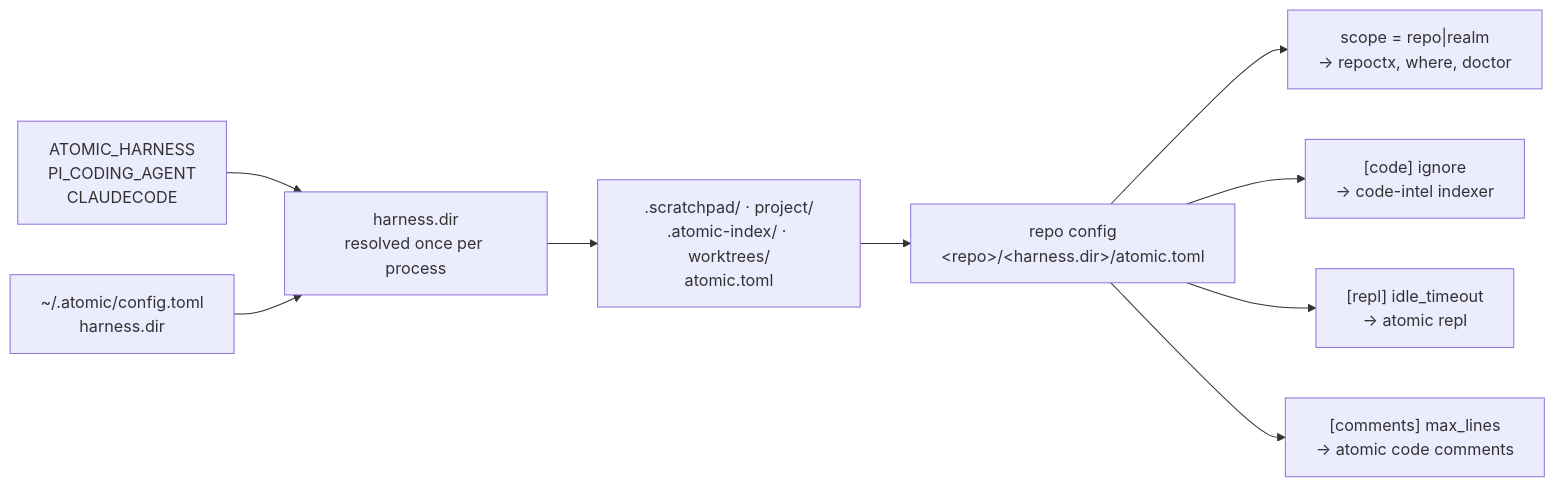
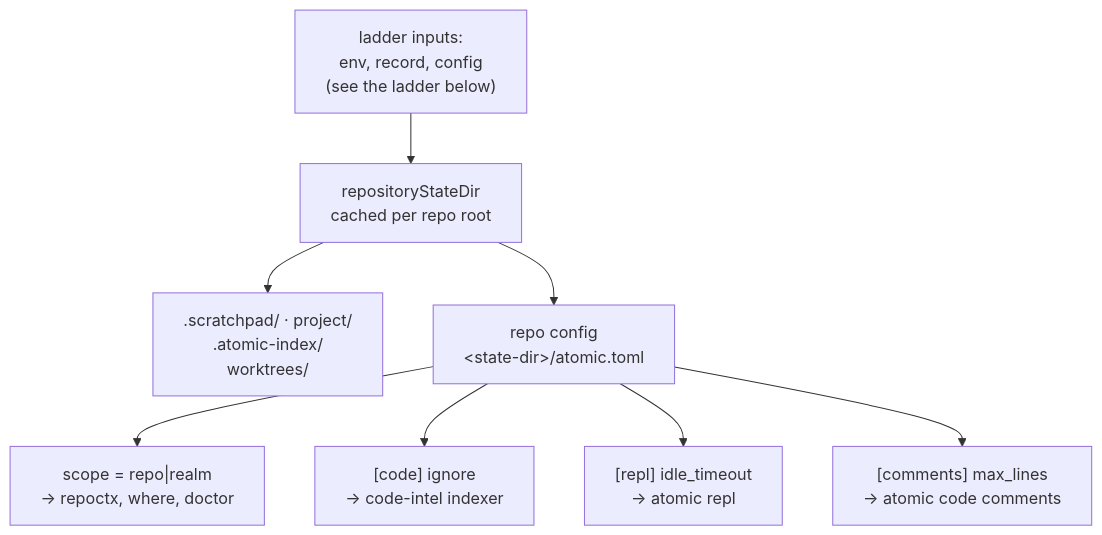
Before and after one commit to damusix/atomic-claude: the first of 13 diagrams in docs/wiki/config.md, drawn with Mermaid. The commit also changed other lines of this file and 11 other files, not shown here.

````diff
--- a/docs/wiki/config.md
+++ b/docs/wiki/config.md
@@ -23,11 +23,11 @@
 ```mermaid
-flowchart LR
-    ENV["ATOMIC_HARNESS<br/>PI_CODING_AGENT<br/>CLAUDECODE"] --> HD
-    UC["~/.atomic/config.toml<br/>harness.dir"] --> HD["harness.dir<br/>resolved once per process"]
-    HD --> RL[".scratchpad/ · project/<br/>.atomic-index/ · worktrees/<br/>atomic.toml"]
-    RL --> RC["repo config<br/>&lt;repo&gt;/&lt;harness.dir&gt;/atomic.toml"]
+flowchart TD
+    %% source: atomic/internal/config/statelocation.go, harness.go, repo.go
+    IN["ladder inputs:<br/>env, record, config<br/>(see the ladder below)"] --> SD["repositoryStateDir<br/>cached per repo root"]
+    SD --> RL[".scratchpad/ · project/<br/>.atomic-index/<br/>worktrees/"]
+    SD --> RC["repo config<br/>&lt;state-dir&gt;/atomic.toml"]
     RC --> SC["scope = repo|realm<br/>→ repoctx, where, doctor"]
     RC --> IG["[code] ignore<br/>→ code-intel indexer"]
     RC --> RT["[repl] idle_timeout<br/>→ atomic repl"]
     RC --> CM["[comments] max_lines<br/>→ atomic code comments"]
 ```
````
